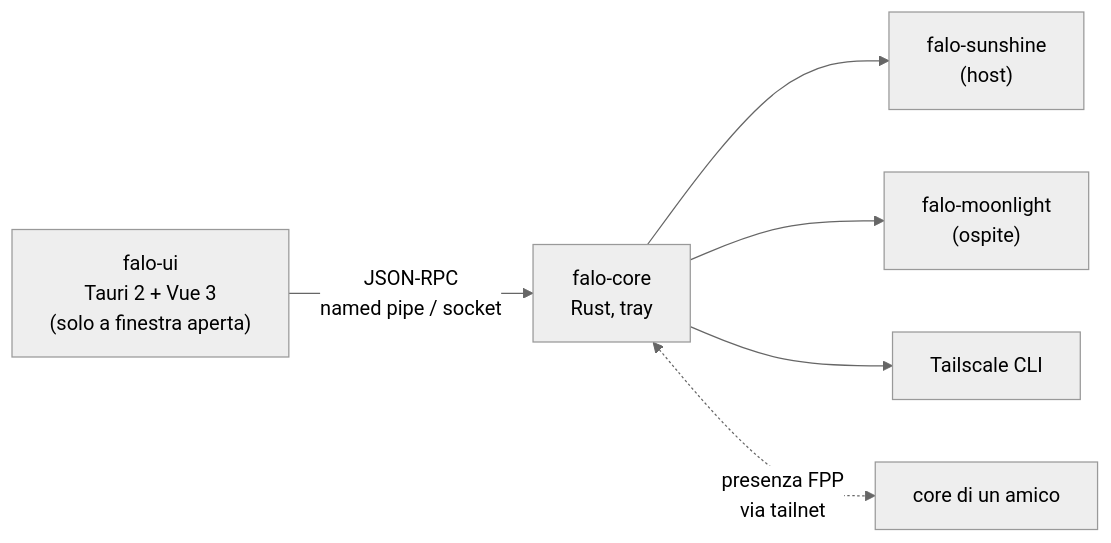
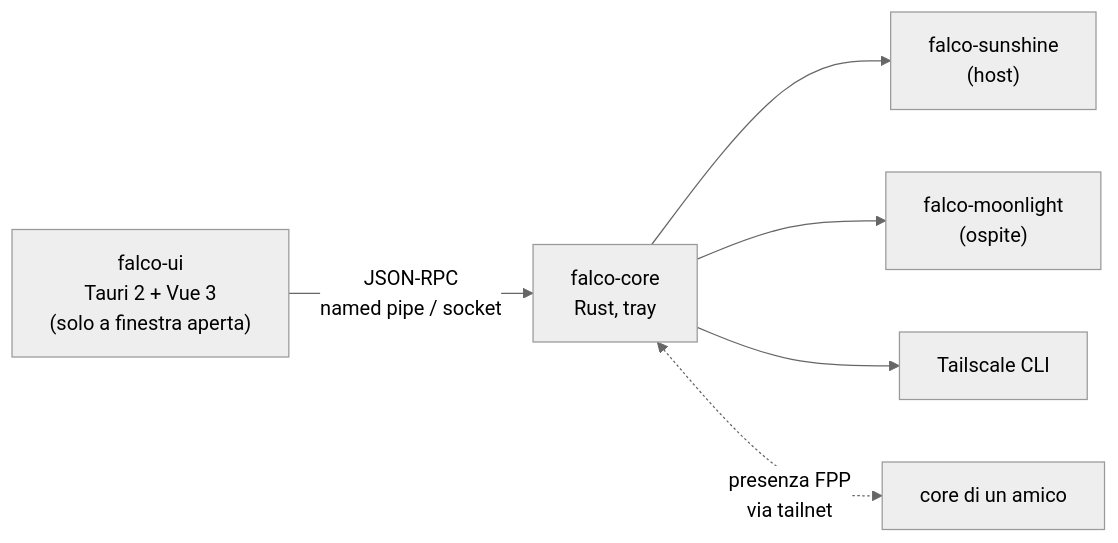
One commit to rkarmaaa/falco changed the diagram in README.md. Above: the diagram before and after it, drawn with Mermaid (neutral theme). The commit also changed other lines of this file and 119 other files, not shown here.

````diff
--- a/README.md
+++ b/README.md
@@ -45,8 +46,8 @@
 ```mermaid
 flowchart LR
-  UI["falo-ui<br/>Tauri 2 + Vue 3<br/>(solo a finestra aperta)"] -- "JSON-RPC<br/>named pipe / socket" --> CORE["falo-core<br/>Rust, tray"]
-  CORE --> SUN["falo-sunshine<br/>(host)"]
-  CORE --> MOON["falo-moonlight<br/>(ospite)"]
+  UI["falco-ui<br/>Tauri 2 + Vue 3<br/>(solo a finestra aperta)"] -- "JSON-RPC<br/>named pipe / socket" --> CORE["falco-core<br/>Rust, tray"]
+  CORE --> SUN["falco-sunshine<br/>(host)"]
+  CORE --> MOON["falco-moonlight<br/>(ospite)"]
   CORE --> TS["Tailscale CLI"]
   CORE <-. "presenza FPP<br/>via tailnet" .-> FRIEND["core di un amico"]
 ```
````
